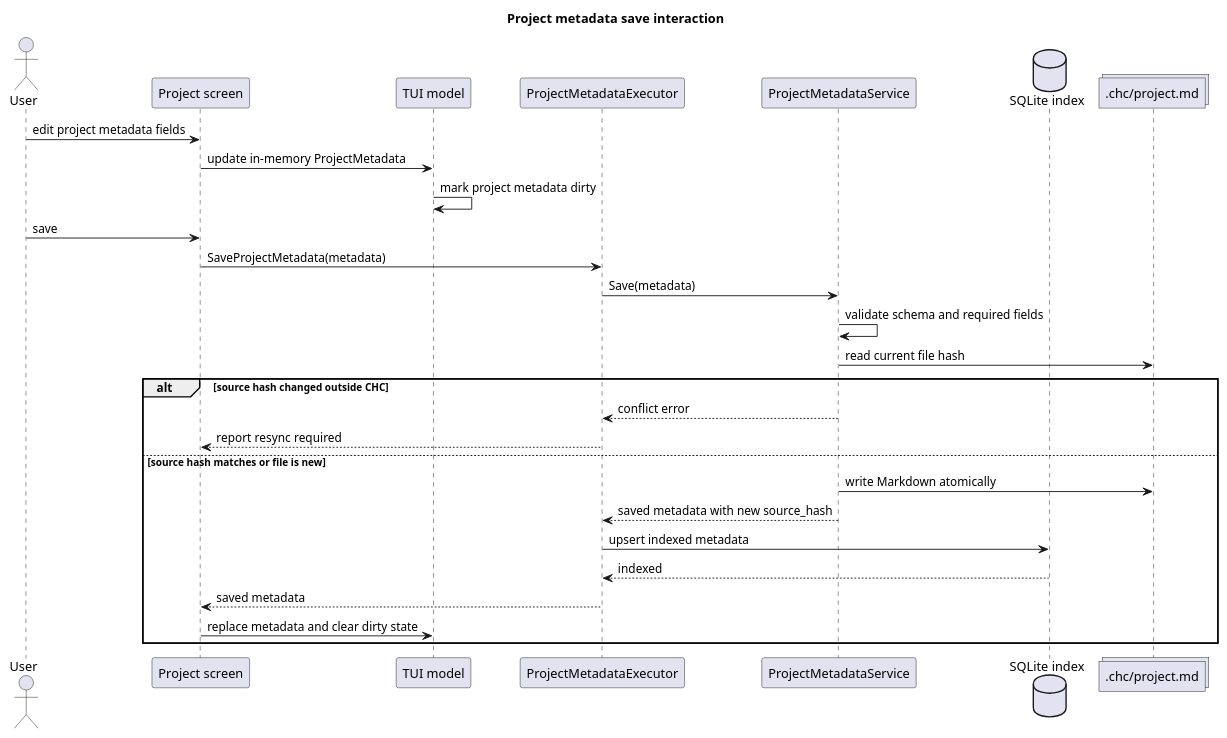
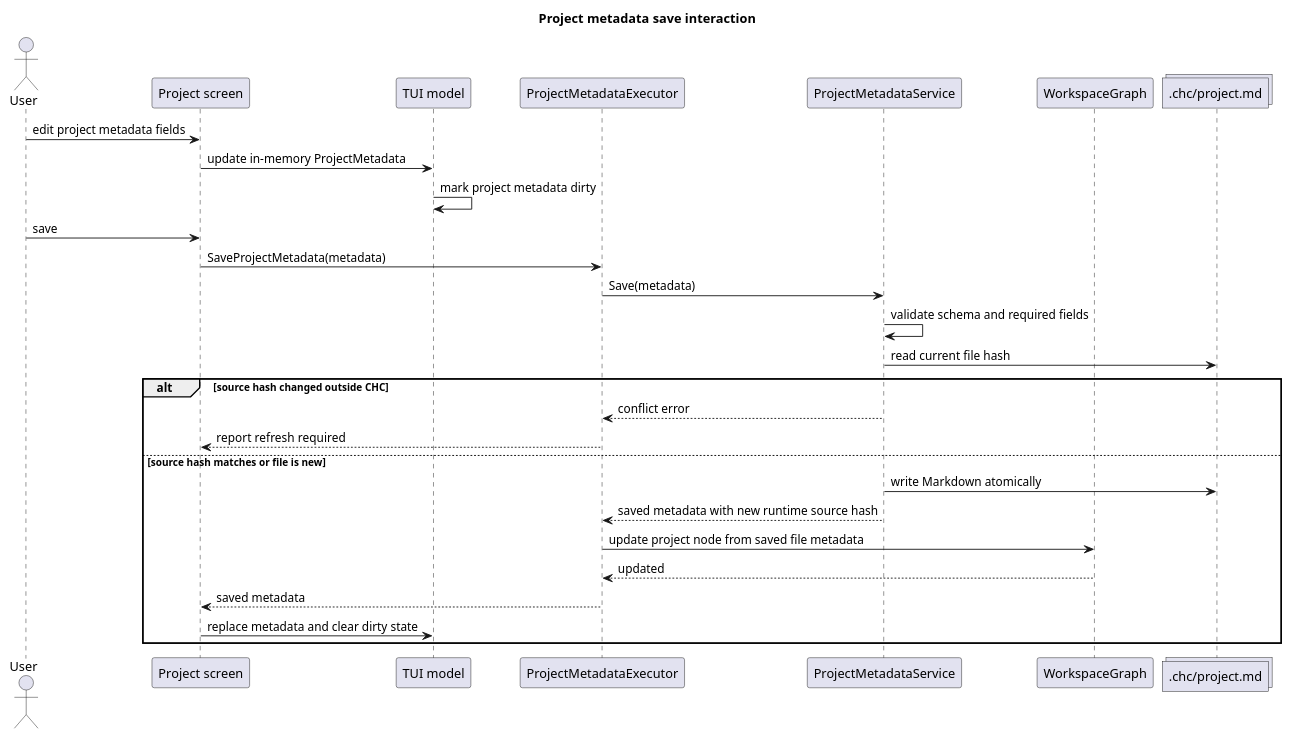
One commit to adrianpk/chr changed the second of 3 diagrams in .prj/specs/specs/tui-project-tab.md. Above: the diagram before and after it, drawn with PlantUML. The commit also changed other lines of this file and 2 other files, not shown here.

Commit message:
docs(workspace): define markdown-only project cases contract

````diff
--- a/.prj/specs/specs/tui-project-tab.md
+++ b/.prj/specs/specs/tui-project-tab.md
@@ -151,37 +152,37 @@
 ```plantuml
 @startuml
 title Project metadata save interaction
 
 actor User
 participant "Project screen" as UI
 participant "TUI model" as Model
 participant "ProjectMetadataExecutor" as Executor
 participant "ProjectMetadataService" as Service
-database "SQLite index" as DB
+participant "WorkspaceGraph" as Graph
 collections ".chc/project.md" as File
 
 User -> UI: edit project metadata fields
 UI -> Model: update in-memory ProjectMetadata
 Model -> Model: mark project metadata dirty
 
 User -> UI: save
 UI -> Executor: SaveProjectMetadata(metadata)
 Executor -> Service: Save(metadata)
 
 Service -> Service: validate schema and required fields
 Service -> File: read current file hash
 
 alt source hash changed outside CHC
     Service --> Executor: conflict error
-    Executor --> UI: report resync required
+    Executor --> UI: report refresh required
 else source hash matches or file is new
     Service -> File: write Markdown atomically
-    Service --> Executor: saved metadata with new source_hash
-    Executor -> DB: upsert indexed metadata
-    DB --> Executor: indexed
+    Service --> Executor: saved metadata with new runtime source hash
+    Executor -> Graph: update project node from saved file metadata
+    Graph --> Executor: updated
     Executor --> UI: saved metadata
     UI -> Model: replace metadata and clear dirty state
 end
 
 @enduml
 ```
````
